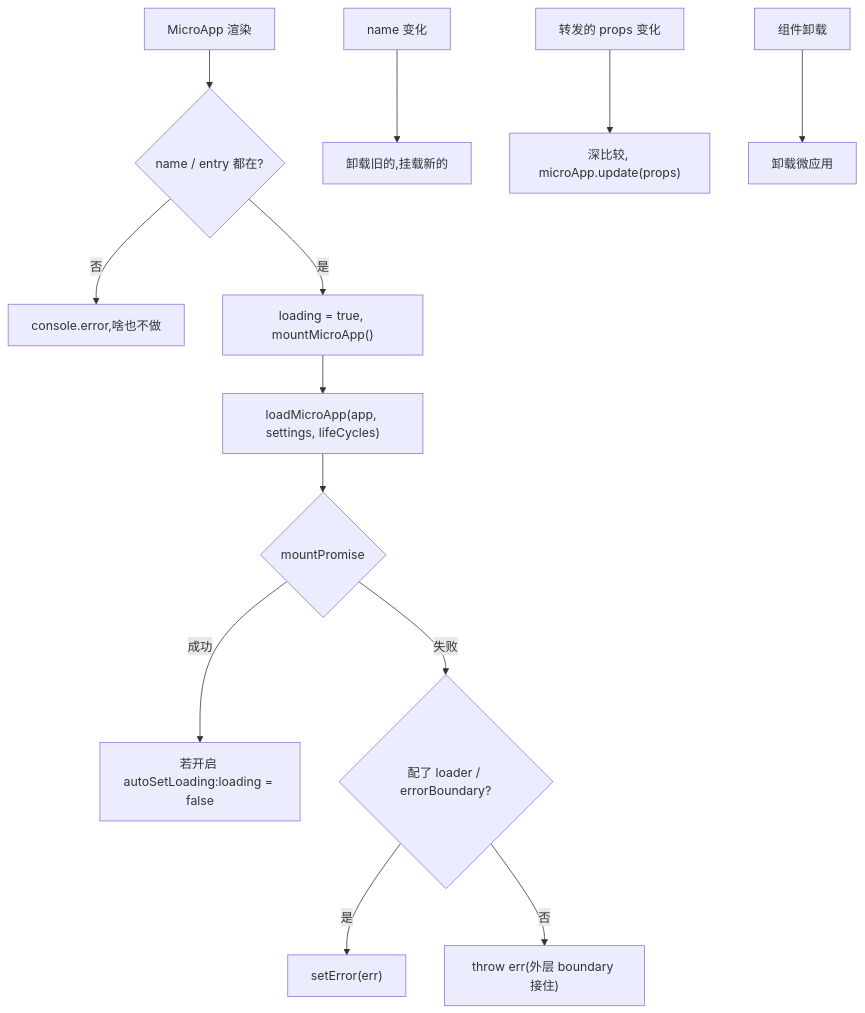
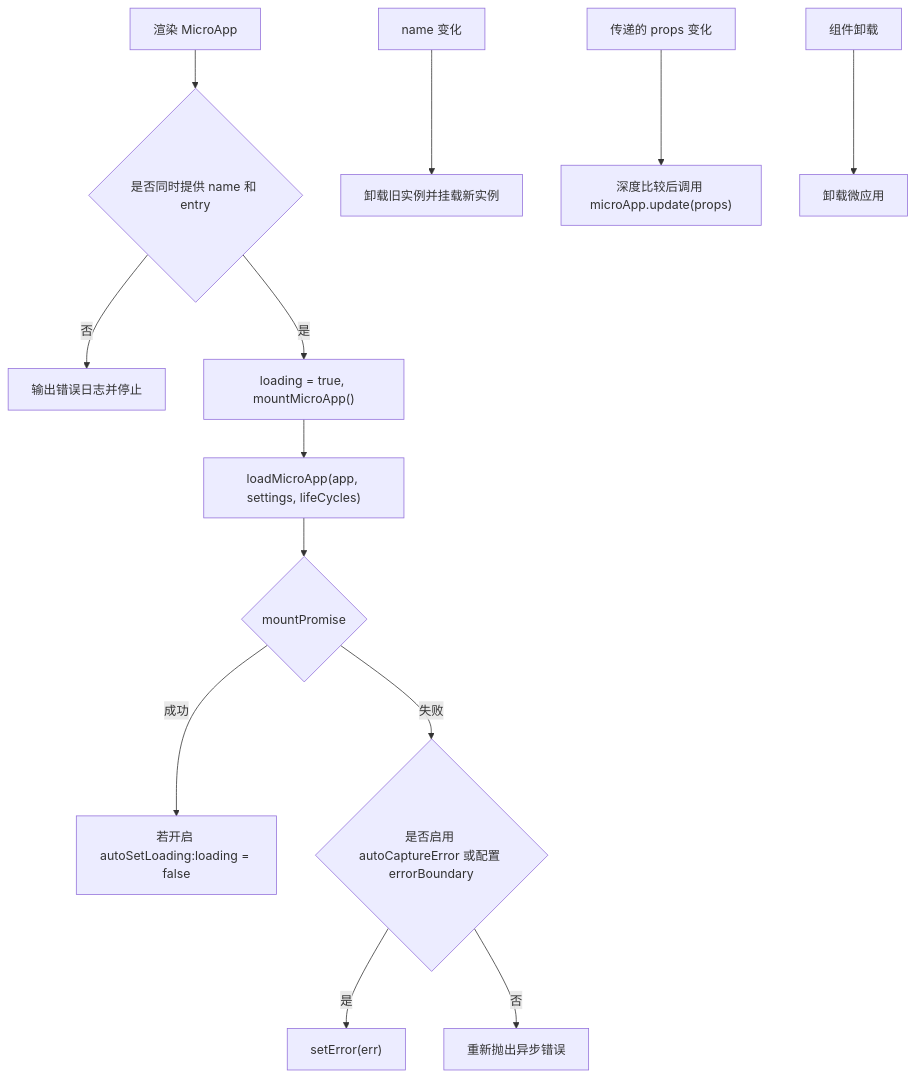
Before and after one commit to umijs/qiankun: the diagram in docs/zh-CN/ecosystem/react.md, drawn with Mermaid. The commit also changed other lines of this file and 66 other files, not shown here.

````diff
--- a/docs/zh-CN/ecosystem/react.md
+++ b/docs/zh-CN/ecosystem/react.md
@@ -255,15 +263,15 @@
 ```mermaid
 flowchart TD
-  A[MicroApp 渲染] --> B{name / entry 都在?}
-  B -- 否 --> B0[console.error,啥也不做]
+  A[渲染 MicroApp] --> B{是否同时提供 name 和 entry}
+  B -- 否 --> B0[输出错误日志并停止]
   B -- 是 --> C["loading = true, mountMicroApp()"]
   C --> D["loadMicroApp(app, settings, lifeCycles)"]
   D --> E{mountPromise}
   E -- 成功 --> F["若开启 autoSetLoading:loading = false"]
-  E -- 失败 --> G{配了 loader / errorBoundary?}
+  E -- 失败 --> G{是否启用 autoCaptureError 或配置 errorBoundary}
   G -- 是 --> H["setError(err)"]
-  G -- 否 --> I["throw err(外层 boundary 接住)"]
-  J[name 变化] --> K[卸载旧的,挂载新的]
-  L[转发的 props 变化] --> M["深比较, microApp.update(props)"]
+  G -- 否 --> I["重新抛出异步错误"]
+  J[name 变化] --> K[卸载旧实例并挂载新实例]
+  L[传递的 props 变化] --> M["深度比较后调用 microApp.update(props)"]
   N[组件卸载] --> O[卸载微应用]
 ```
````
